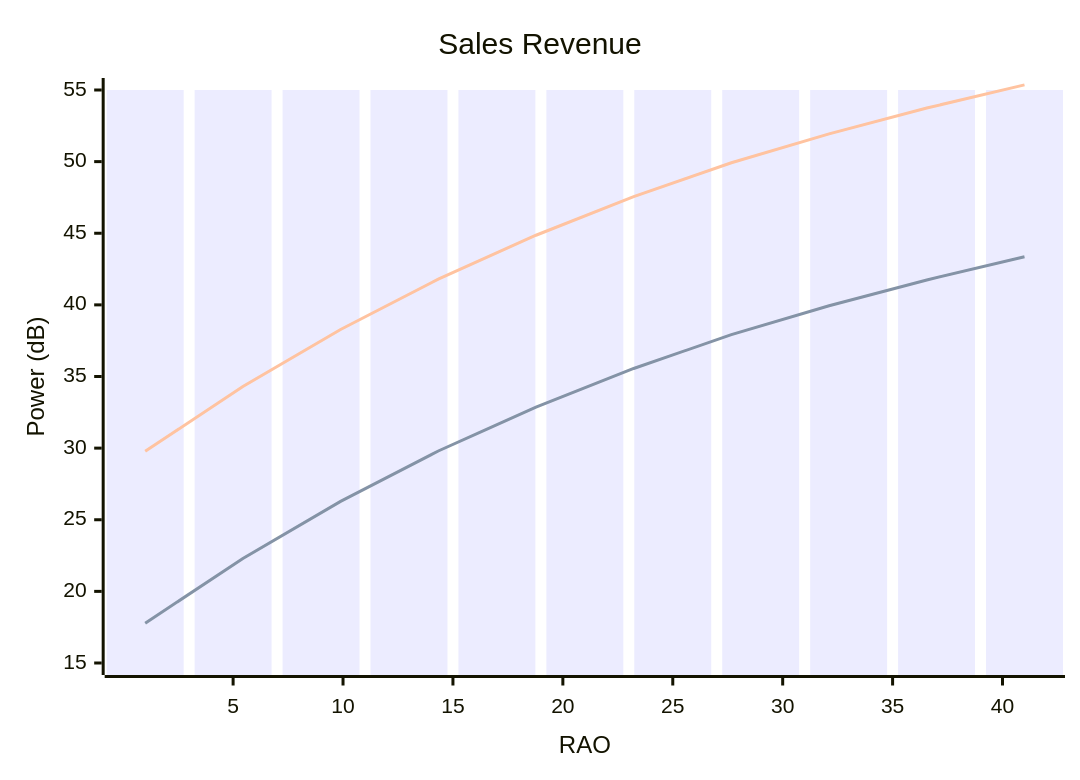
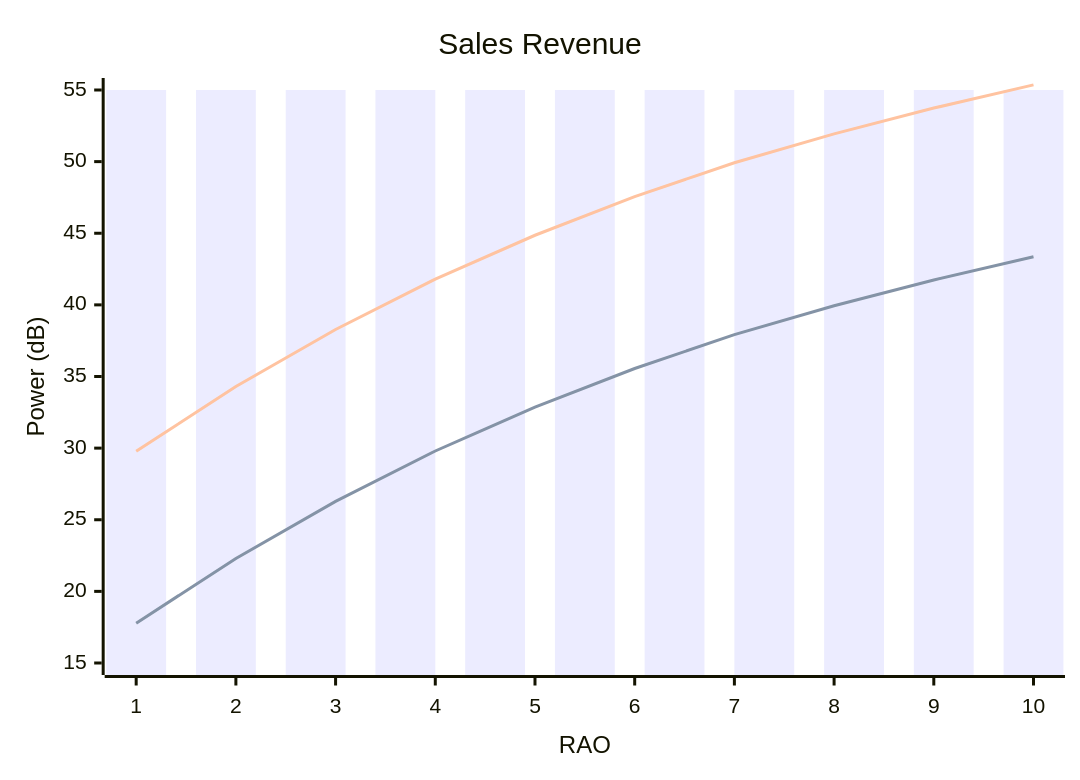
The sixth of 8 diagrams in docs/20250310 Thesis (Basic Msg1 Model).md (bmw-ece-ntust/wilfrid-prach-attack-analysis), drawn with Mermaid before and after one commit.

Commit message:
Update 20250310 Thesis (Basic Msg1 Model).md

````diff
--- a/docs/20250310 Thesis (Basic Msg1 Model).md
+++ b/docs/20250310 Thesis (Basic Msg1 Model).md
@@ -171,9 +171,9 @@
 ```mermaid
 xychart-beta
     title "Sales Revenue"
-    x-axis RAO 1 --> 41
+    x-axis RAO 1 --> 10
     y-axis "Power (dB)" 15 --> 55
     bar [55, 55, 55, 55, 55, 55, 55, 55, 55, 55, 55]
     line [17.78, 22.3, 26.28, 29.8, 32.86, 35.56, 37.92, 39.94, 41.74, 43.36]
     line [29.78, 34.3, 38.28, 41.8, 44.86, 47.56, 49.92, 51.94, 53.74, 55.36]
 ```
````
